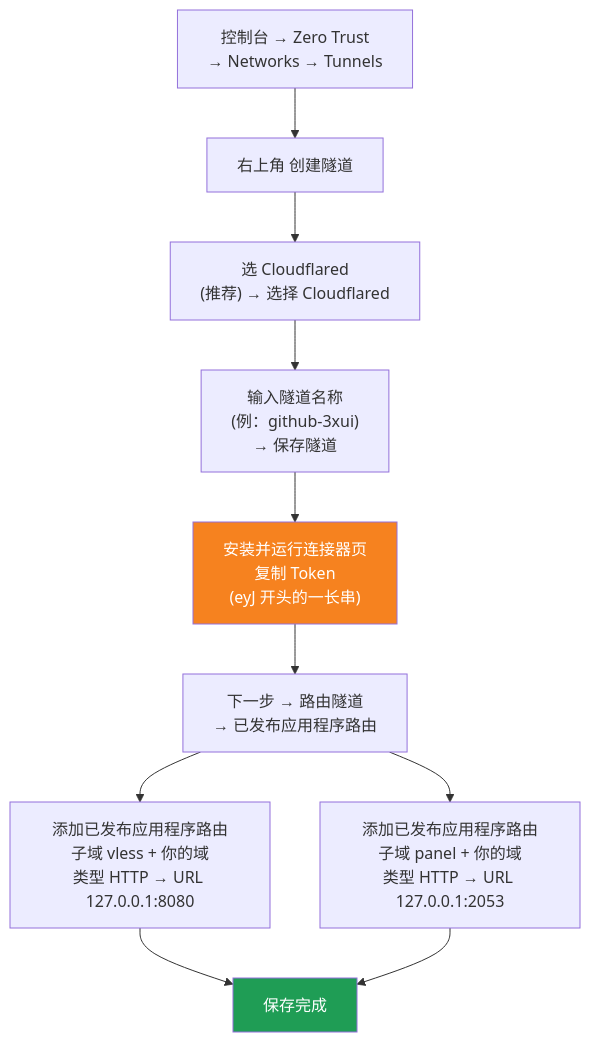
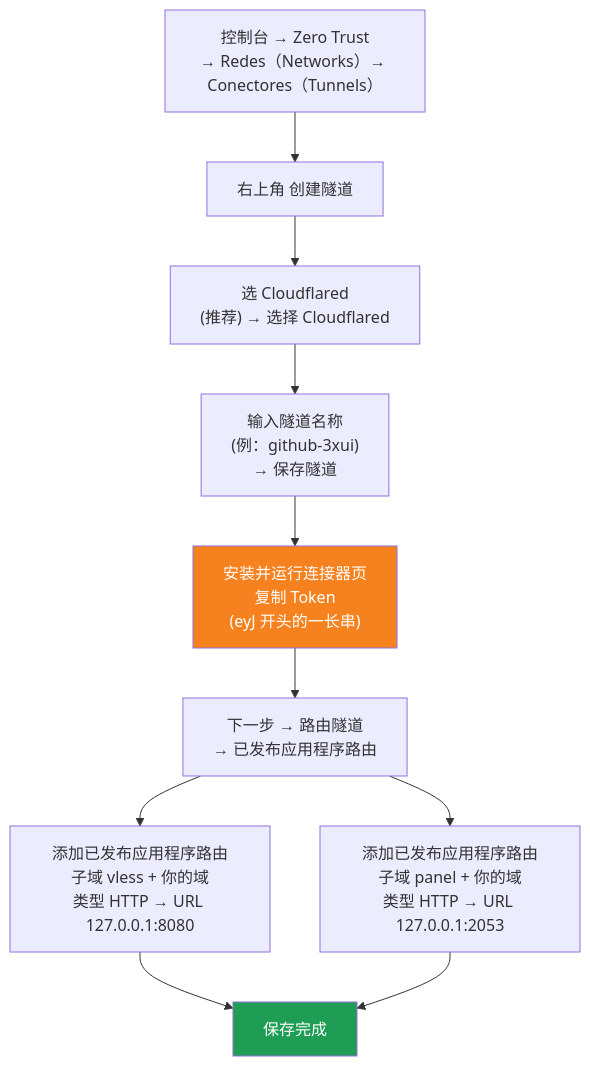
Before and after one commit to 1246437945/cloud-3xui: the third of 3 diagrams in README.ptbr.md, drawn with Mermaid. The commit also changed other lines of this file, not shown here.

````diff
--- a/README.ptbr.md
+++ b/README.ptbr.md
@@ -68,15 +68,15 @@
 ```mermaid
 flowchart TD
-    A["控制台 → Zero Trust<br/>→ Networks → Tunnels"] --> B["右上角 创建隧道"]
+    A["控制台 → Zero Trust<br/>→ Redes（Networks）→ Conectores（Tunnels）"] --> B["右上角 创建隧道"]
     B --> C["选 Cloudflared<br/>(推荐) → 选择 Cloudflared"]
     C --> D["输入隧道名称<br/>(例：github-3xui)<br/>→ 保存隧道"]
     D --> E["安装并运行连接器页<br/>复制 Token<br/>(eyJ 开头的一长串)"]
     E --> F["下一步 → 路由隧道<br/>→ 已发布应用程序路由"]
     F --> G["添加已发布应用程序路由<br/>子域 vless + 你的域<br/>类型 HTTP → URL 127.0.0.1:8080"]
     F --> H["添加已发布应用程序路由<br/>子域 panel + 你的域<br/>类型 HTTP → URL 127.0.0.1:2053"]
     G --> I["保存完成"]
     H --> I
 
     style E fill:#f6821f,color:#fff
     style I fill:#1f9d55,color:#fff
 ```
````
